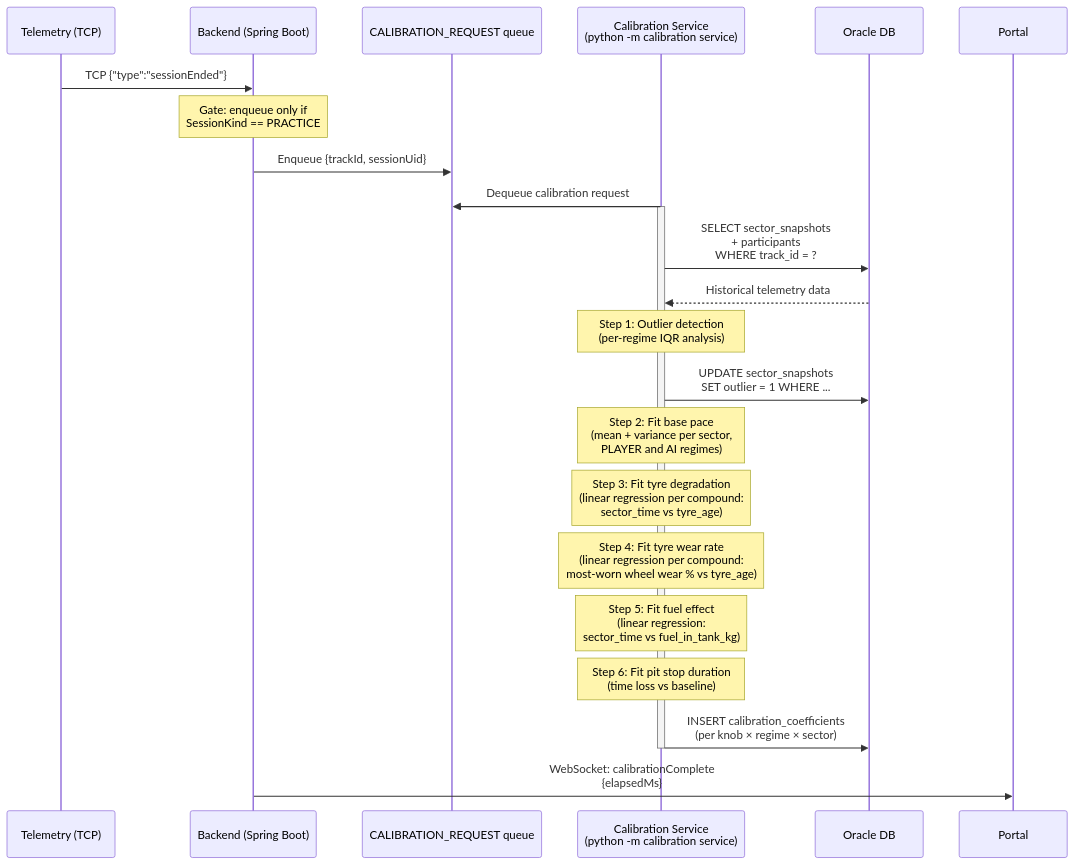
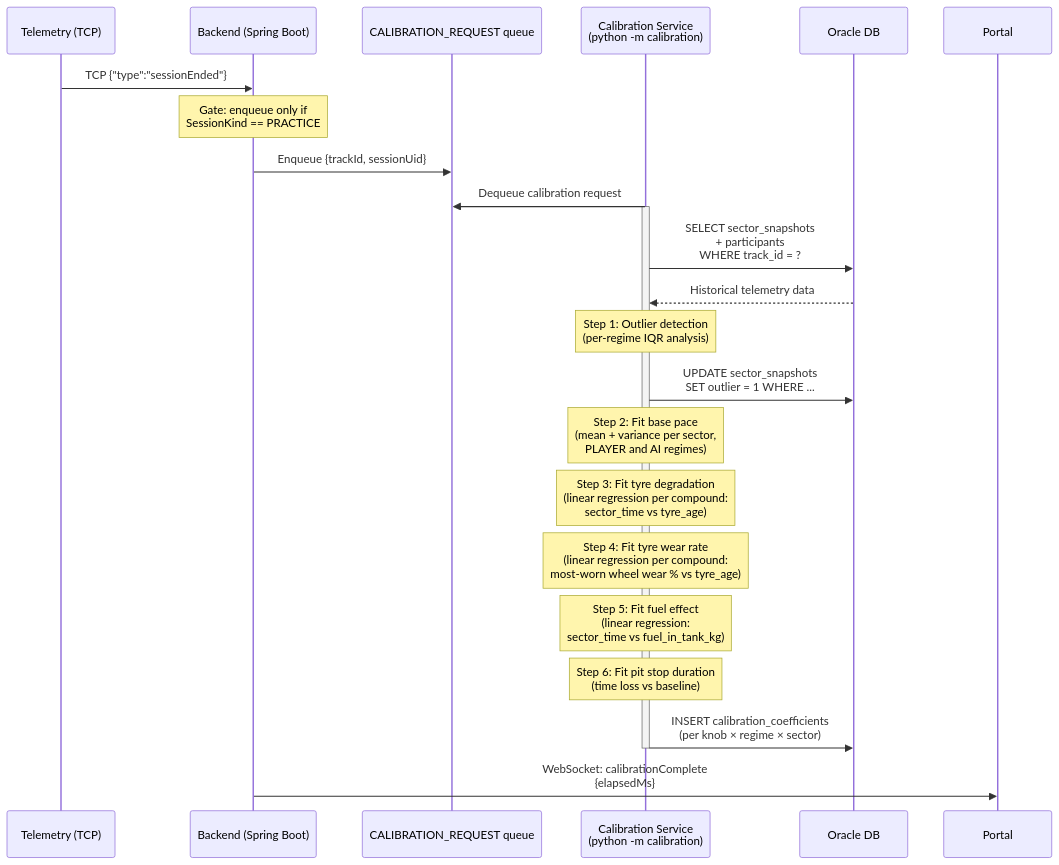
One commit to vmleon/f12025-race-strategy-simulation changed the second of 4 diagrams in design/05-CALIBRATION.md. Above: the diagram before and after it, drawn with Mermaid. The commit also changed other lines of this file and 7 other files, not shown here.

````diff
--- a/design/05-CALIBRATION.md
+++ b/design/05-CALIBRATION.md
@@ -21,36 +21,36 @@
 ```mermaid
 sequenceDiagram
     participant Telemetry as Telemetry (TCP)
     participant Backend as Backend (Spring Boot)
     participant Q as CALIBRATION_REQUEST queue
-    participant Service as Calibration Service<br/>(python -m calibration service)
+    participant Service as Calibration Service<br/>(python -m calibration)
     participant DB as Oracle DB
 
     Telemetry->>Backend: TCP {"type":"sessionEnded"}
     Note over Backend: Gate: enqueue only if<br/>SessionKind == PRACTICE
     Backend->>Q: Enqueue {trackId, sessionUid}
 
     Service->>Q: Dequeue calibration request
     activate Service
 
     Service->>DB: SELECT sector_snapshots<br/>+ participants<br/>WHERE track_id = ?
     DB-->>Service: Historical telemetry data
 
     Note over Service: Step 1: Outlier detection<br/>(per-regime IQR analysis)
     Service->>DB: UPDATE sector_snapshots<br/>SET outlier = 1 WHERE ...
 
     Note over Service: Step 2: Fit base pace<br/>(mean + variance per sector,<br/>PLAYER and AI regimes)
 
     Note over Service: Step 3: Fit tyre degradation<br/>(linear regression per compound:<br/>sector_time vs tyre_age)
 
     Note over Service: Step 4: Fit tyre wear rate<br/>(linear regression per compound:<br/>most-worn wheel wear % vs tyre_age)
 
     Note over Service: Step 5: Fit fuel effect<br/>(linear regression:<br/>sector_time vs fuel_in_tank_kg)
 
     Note over Service: Step 6: Fit pit stop duration<br/>(time loss vs baseline)
 
     Service->>DB: INSERT calibration_coefficients<br/>(per knob × regime × sector)
     deactivate Service
 
     Backend->>Portal: WebSocket: calibrationComplete<br/>{elapsedMs}
 ```
````
